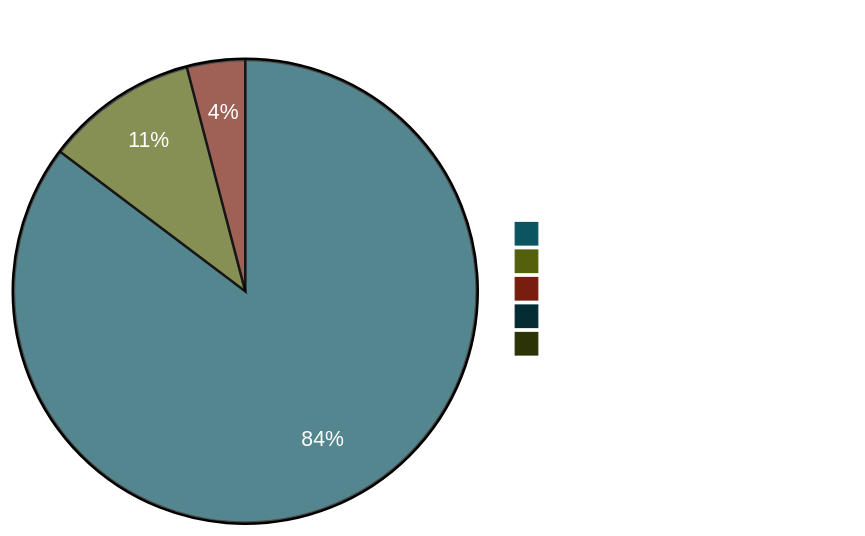
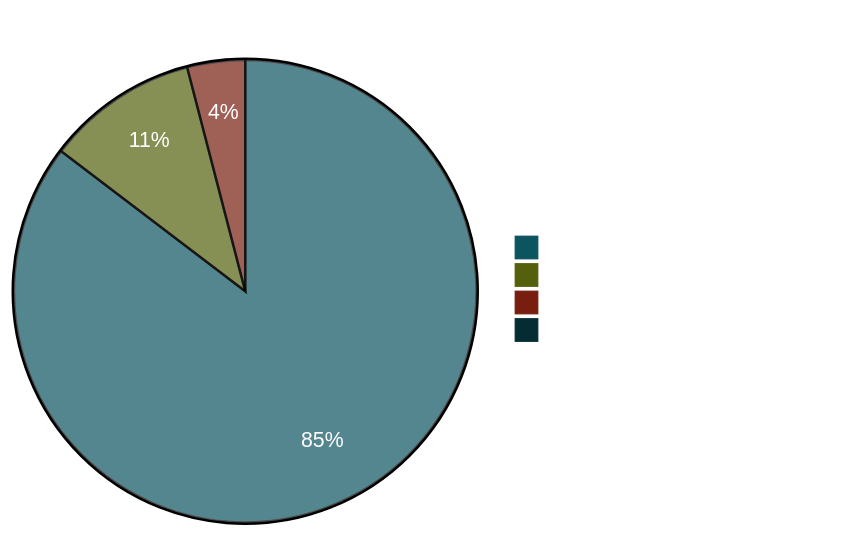
One commit to libraz/go-oidc-provider-homepage changed the diagram in src/compliance/ofcs.md. Above: the diagram before and after it, drawn with Mermaid. The commit also changed other lines of this file and 1 other file, not shown here.

````diff
--- a/src/compliance/ofcs.md
+++ b/src/compliance/ofcs.md
@@ -38,10 +38,9 @@
 ```mermaid
 %%{init: {"theme":"base","themeVariables":{"primaryColor":"#0c5460","primaryTextColor":"#fff","primaryBorderColor":"#0c5460","lineColor":"#888"}}}%%
 pie showData
   title 199 modules across 4 plans
-  "PASSED" : 168
+  "PASSED" : 169
   "REVIEW (manual gate)" : 21
   "SKIPPED (refused by design)" : 8
   "WARNING (advisory)" : 1
-  "FAILED" : 1
 ```
````
